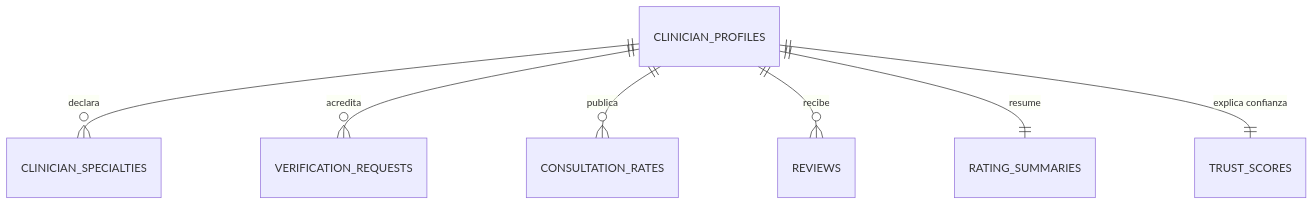
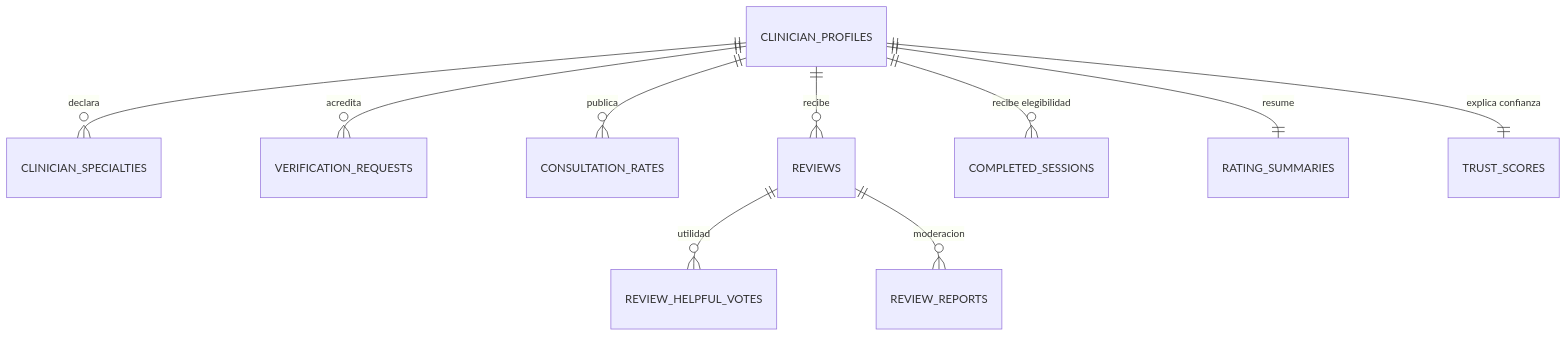
One commit to MindClusterUPC/safediary-platform changed the seventh of 9 diagrams in docs/database/README.md. Above: the diagram before and after it, drawn with Mermaid. The commit also changed other lines of this file and 3 other files, not shown here.

````diff
--- a/docs/database/README.md
+++ b/docs/database/README.md
@@ -160,9 +160,12 @@
 ```mermaid
 erDiagram
     CLINICIAN_PROFILES ||--o{ CLINICIAN_SPECIALTIES : "declara"
     CLINICIAN_PROFILES ||--o{ VERIFICATION_REQUESTS : "acredita"
     CLINICIAN_PROFILES ||--o{ CONSULTATION_RATES : "publica"
     CLINICIAN_PROFILES ||--o{ REVIEWS : "recibe"
+    CLINICIAN_PROFILES ||--o{ COMPLETED_SESSIONS : "recibe elegibilidad"
+    REVIEWS ||--o{ REVIEW_HELPFUL_VOTES : "utilidad"
+    REVIEWS ||--o{ REVIEW_REPORTS : "moderacion"
     CLINICIAN_PROFILES ||--|| RATING_SUMMARIES : "resume"
     CLINICIAN_PROFILES ||--|| TRUST_SCORES : "explica confianza"
 ```
````
